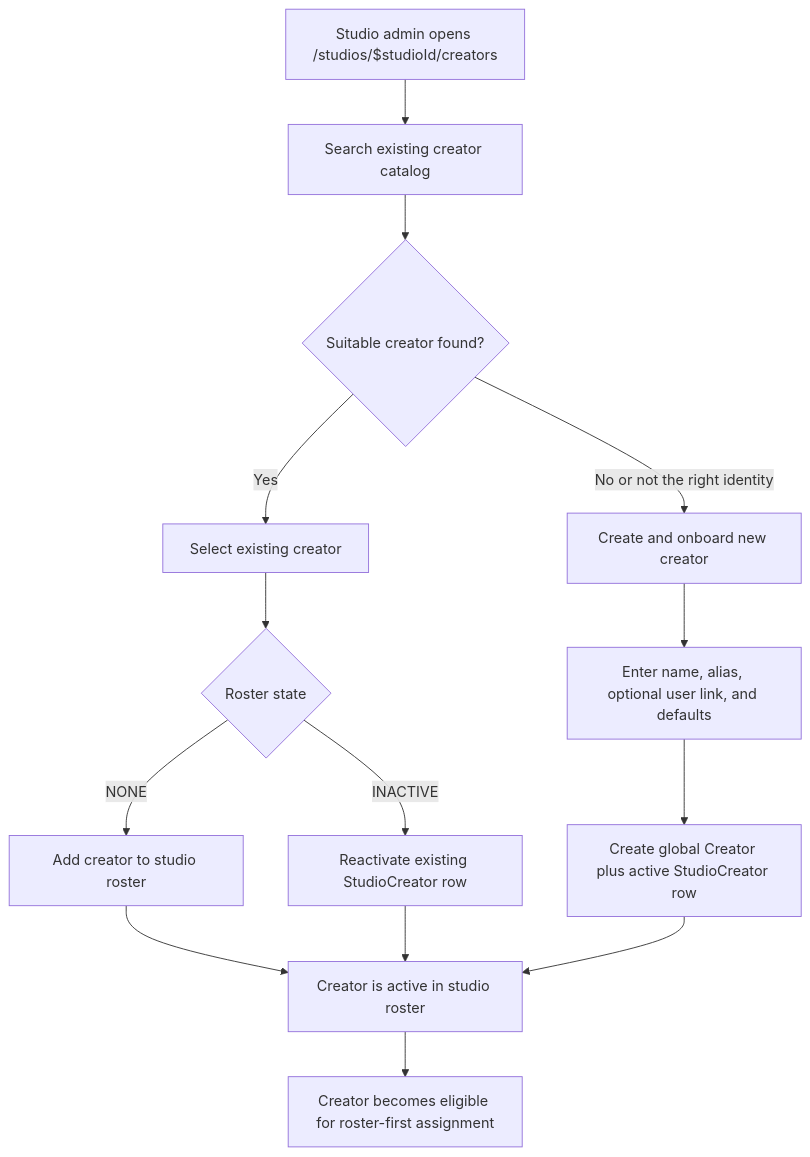
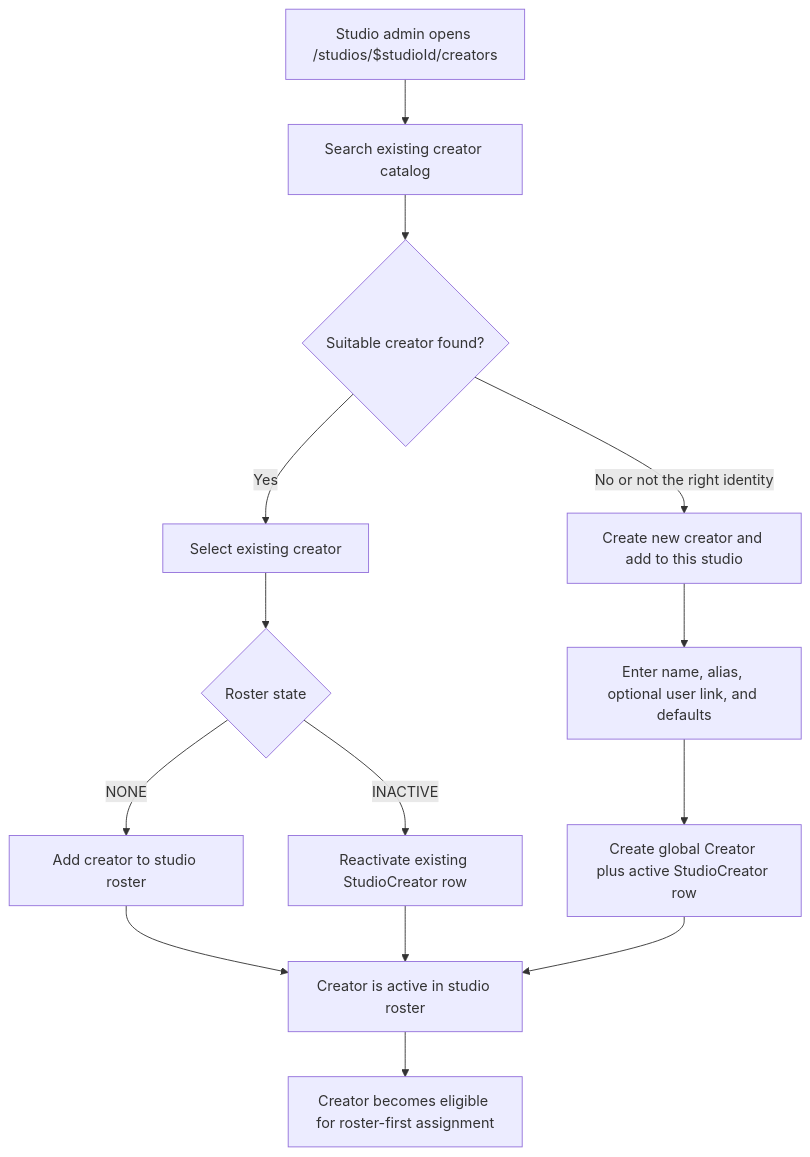
One commit to allenlin90/eridu-services changed the diagram in docs/features/studio-creator-onboarding.md. Above: the diagram before and after it, drawn with Mermaid. The commit also changed other lines of this file and 51 other files, not shown here.

````diff
--- a/docs/features/studio-creator-onboarding.md
+++ b/docs/features/studio-creator-onboarding.md
@@ -56,16 +58,16 @@
 ```mermaid
 flowchart TD
     A[Studio admin opens /studios/$studioId/creators] --> B[Search existing creator catalog]
     B --> C{Suitable creator found?}
     C -- Yes --> D[Select existing creator]
     D --> E{Roster state}
     E -- NONE --> F[Add creator to studio roster]
     E -- INACTIVE --> G[Reactivate existing StudioCreator row]
-    C -- No or not the right identity --> H[Create and onboard new creator]
+    C -- No or not the right identity --> H[Create new creator and add to this studio]
     H --> I[Enter name, alias, optional user link, and defaults]
     I --> J[Create global Creator plus active StudioCreator row]
     F --> K[Creator is active in studio roster]
     G --> K
     J --> K
     K --> L[Creator becomes eligible for roster-first assignment]
 ```
````
